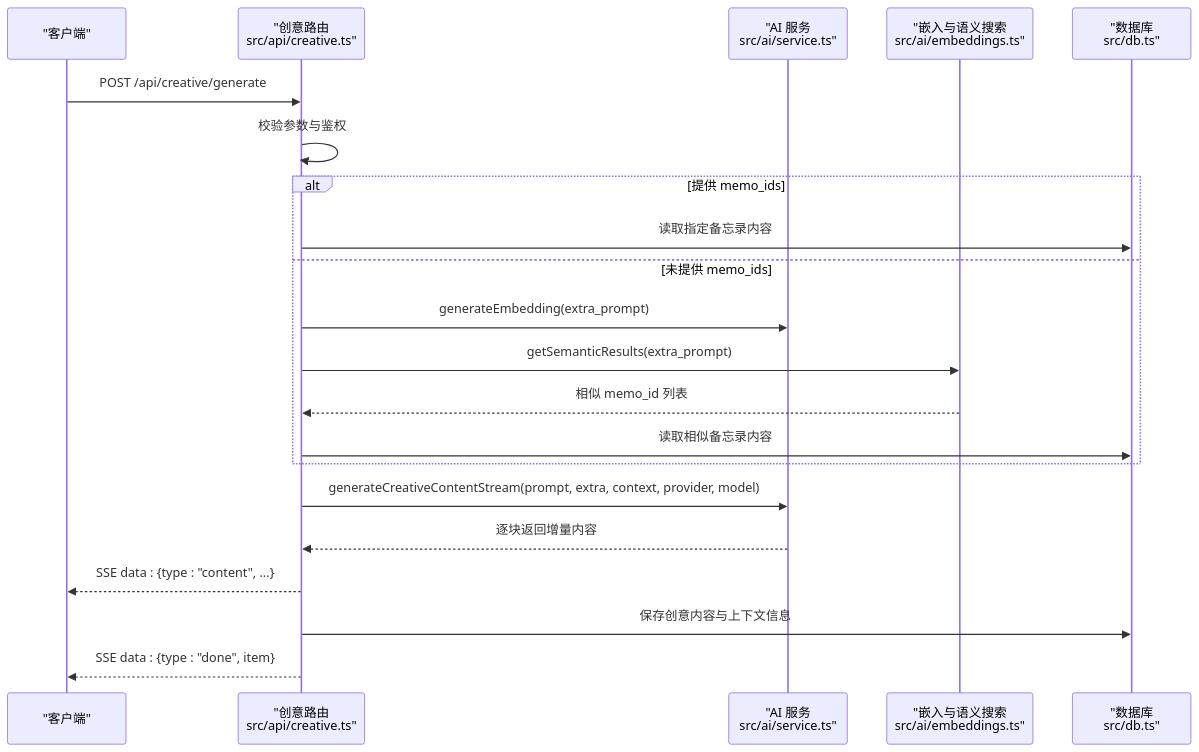
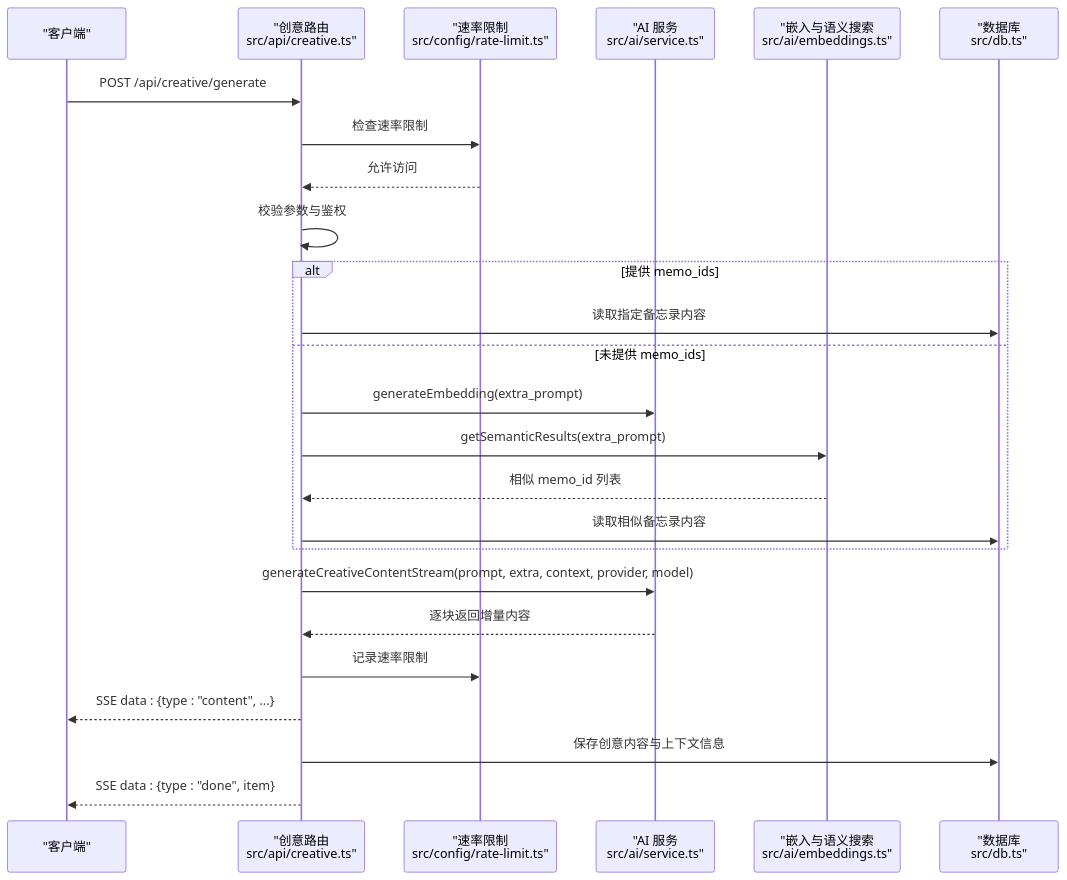
One commit to BlackBoxRecorder/memos changed the fifth of 7 diagrams in .qoder/repowiki/zh/content/API 接口文档/AI 集成 API.md. Above: the diagram before and after it, drawn with Mermaid. The commit also changed other lines of this file and 6 other files, not shown here.

````diff
--- a/.qoder/repowiki/zh/content/API 接口文档/AI 集成 API.md
+++ b/.qoder/repowiki/zh/content/API 接口文档/AI 集成 API.md
@@ -318,23 +348,27 @@
 ```mermaid
 sequenceDiagram
 participant C as "客户端"
 participant API as "创意路由<br/>src/api/creative.ts"
+participant RL as "速率限制<br/>src/config/rate-limit.ts"
 participant SVC as "AI 服务<br/>src/ai/service.ts"
 participant EMB as "嵌入与语义搜索<br/>src/ai/embeddings.ts"
 participant DB as "数据库<br/>src/db.ts"
 C->>API : POST /api/creative/generate
+API->>RL : 检查速率限制
+RL-->>API : 允许访问
 API->>API : 校验参数与鉴权
 alt 提供 memo_ids
 API->>DB : 读取指定备忘录内容
 else 未提供 memo_ids
 API->>SVC : generateEmbedding(extra_prompt)
 API->>EMB : getSemanticResults(extra_prompt)
 EMB-->>API : 相似 memo_id 列表
 API->>DB : 读取相似备忘录内容
 end
 API->>SVC : generateCreativeContentStream(prompt, extra, context, provider, model)
 SVC-->>API : 逐块返回增量内容
+API->>RL : 记录速率限制
 API-->>C : SSE data : {type : "content", ...}
 API->>DB : 保存创意内容与上下文信息
 API-->>C : SSE data : {type : "done", item}
 ```
````
